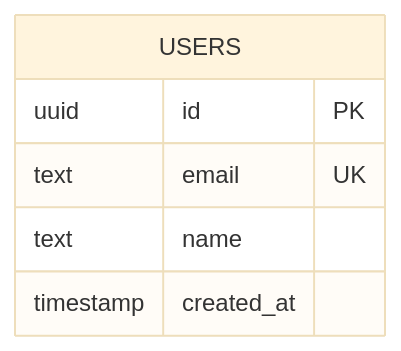
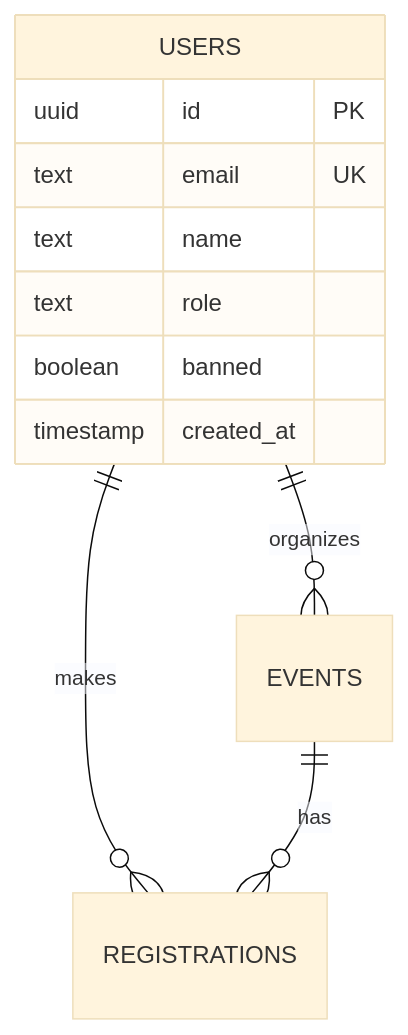
Before and after one commit to DidiWalakutty/Transcendence: the second of 2 diagrams in docs/DATABASE.md, drawn with Mermaid (base theme). The commit also changed other lines of this file and 90 other files, not shown here.

````diff
--- a/docs/DATABASE.md
+++ b/docs/DATABASE.md
@@ -94,9 +94,14 @@
 ```mermaid
 erDiagram
     USERS {
         uuid id PK
         text email UK
         text name
+        text role
+        boolean banned
         timestamp created_at
     }
+    USERS ||--o{ EVENTS : organizes
+    USERS ||--o{ REGISTRATIONS : makes
+    EVENTS ||--o{ REGISTRATIONS : has
 ```
````
